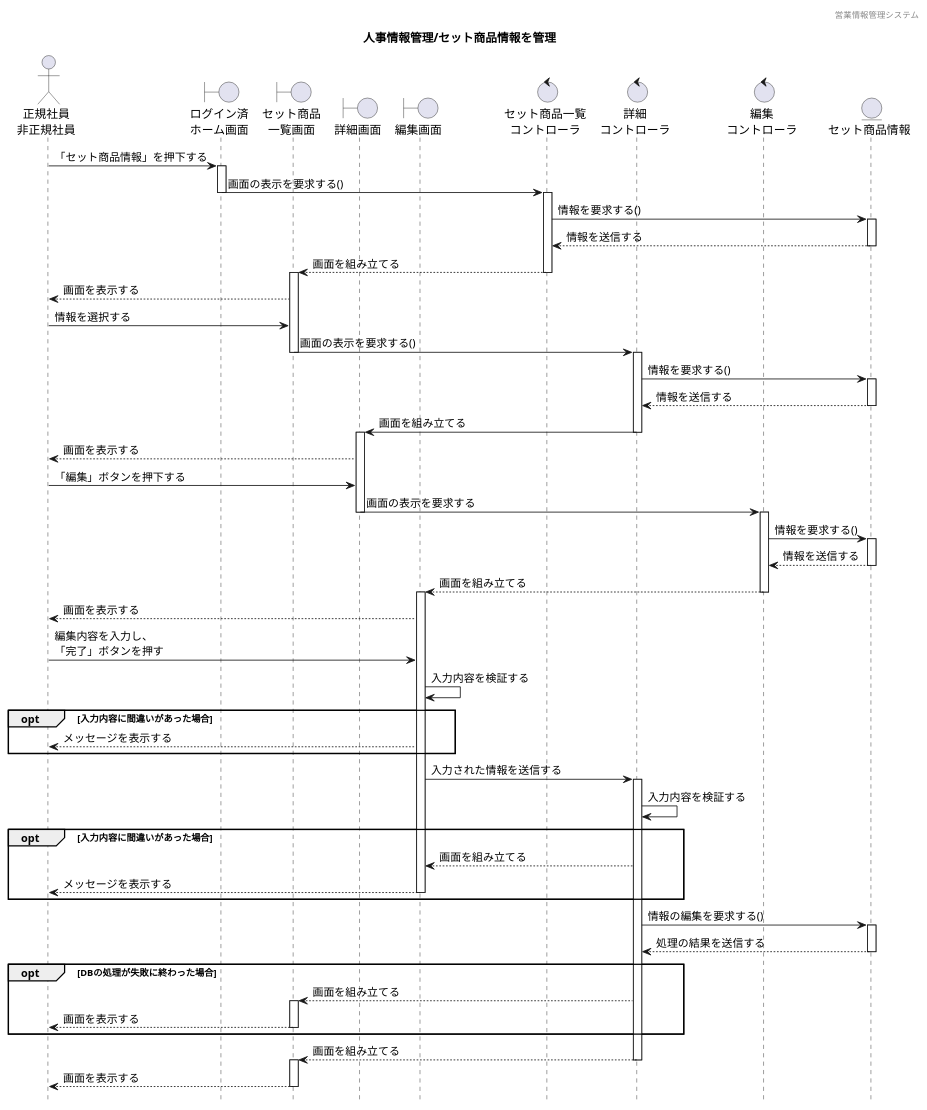
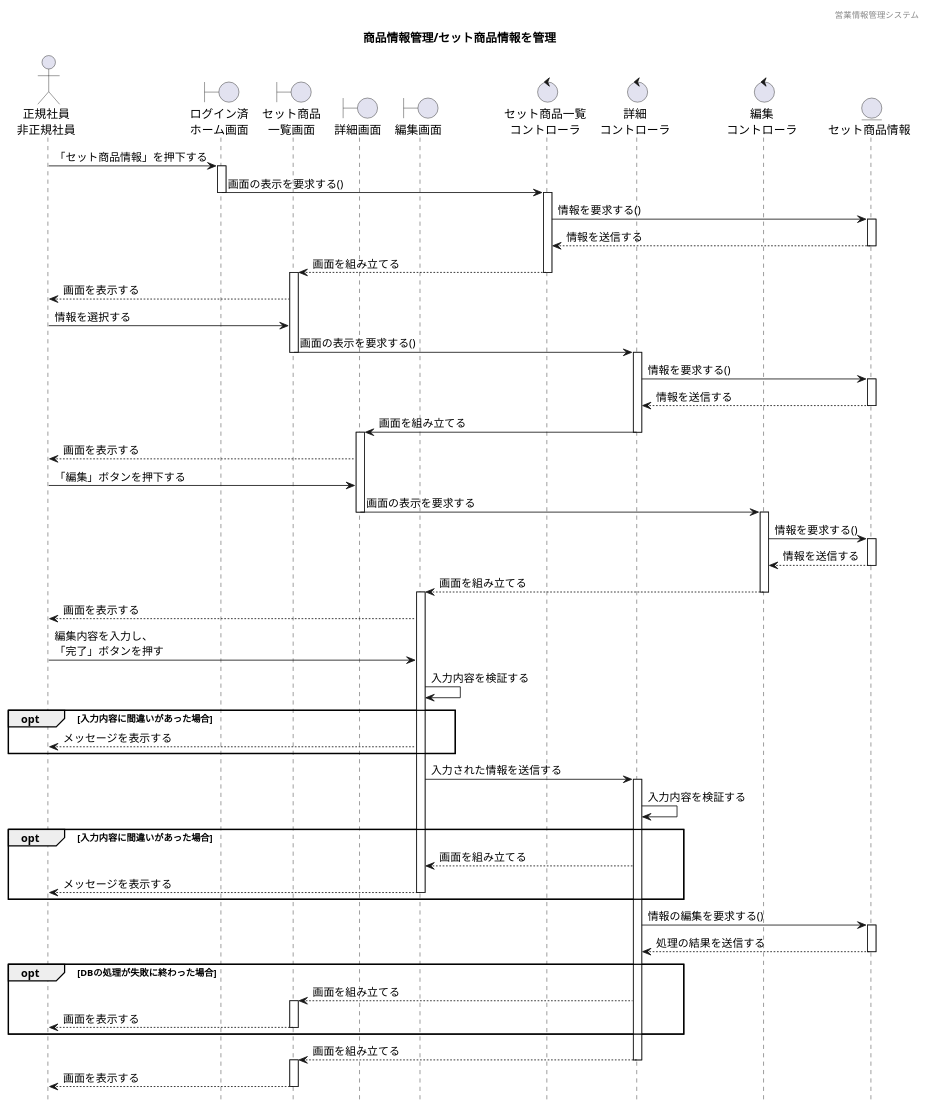
Before and after one commit to HaruShim/Sotuken: the diagram in 各種設計書/4シーケンス図/商品情報管理/1.在庫管理/セット商品管理_編集.plantuml, drawn with PlantUML. The commit also changed 3 other files, not shown here.

```diff
--- a/各種設計書/4シーケンス図/商品情報管理/1.在庫管理/セット商品管理_編集.plantuml
+++ b/各種設計書/4シーケンス図/商品情報管理/1.在庫管理/セット商品管理_編集.plantuml
@@ -1,91 +1,91 @@
 @startuml ../../images/在庫管理/セット商品管理_編集
 
 hide footbox
 header 営業情報管理システム
-title 人事情報管理/セット商品情報を管理
+title 商品情報管理/セット商品情報を管理
 
 ' actor "" as a
 actor "正規社員\n非正規社員" as a1
 
 ' boundary "" as b
 boundary "ログイン済\nホーム画面" as b1
 boundary "セット商品\n一覧画面" as b2
 boundary "詳細画面" as b3
 boundary "編集画面" as b4
 
 ' control "" as c
 control "セット商品一覧\nコントローラ" as c1
 control "詳細\nコントローラ" as c2
 control "編集\nコントローラ" as c3
 
 ' entity "" as e
 entity "セット商品情報" as e1
 
 a1 -> b1 : 「セット商品情報」を押下する
 activate b1
 b1 -> c1 : 画面の表示を要求する()
 deactivate b1
 activate c1
 c1 -> e1 : 情報を要求する()
 activate e1
 e1 --> c1 : 情報を送信する
 deactivate e1
 c1 --> b2 : 画面を組み立てる
 deactivate c1
 activate b2
 b2 --> a1 : 画面を表示する
 a1 -> b2 : 情報を選択する
 b2 -> c2 : 画面の表示を要求する()
 deactivate b2
 activate c2
 c2 -> e1 : 情報を要求する()
 activate e1
 e1 --> c2 : 情報を送信する
 deactivate e1
 c2 -> b3 : 画面を組み立てる
 deactivate c2 
 activate b3
 b3 --> a1 : 画面を表示する
 a1 -> b3 : 「編集」ボタンを押下する
 b3 -> c3 : 画面の表示を要求する
 deactivate b3
 activate c3
 c3 -> e1 : 情報を要求する()
 activate e1
 e1 --> c3 : 情報を送信する
 deactivate e1
 c3 --> b4 : 画面を組み立てる
 deactivate c3
 activate b4
 b4 --> a1 : 画面を表示する
 a1 -> b4 : 編集内容を入力し、\n「完了」ボタンを押す
 b4 -> b4 : 入力内容を検証する
 opt 入力内容に間違いがあった場合
 b4 --> a1 : メッセージを表示する
 end
 b4 -> c2 : 入力された情報を送信する
 activate c2
 c2 -> c2 : 入力内容を検証する
 opt 入力内容に間違いがあった場合
 c2 --> b4: 画面を組み立てる
 b4 --> a1 : メッセージを表示する 
 deactivate b4
 end
 c2 -> e1 : 情報の編集を要求する()
 activate e1
 e1 --> c2 : 処理の結果を送信する
 deactivate e1
 opt DBの処理が失敗に終わった場合
 c2 --> b2 : 画面を組み立てる
 
 activate b2
 b2 --> a1 : 画面を表示する
 deactivate b2
 end
 c2 --> b2 : 画面を組み立てる
 deactivate c2
 activate b2
 b2 --> a1 : 画面を表示する
 deactivate b2
 
 @enduml
```
